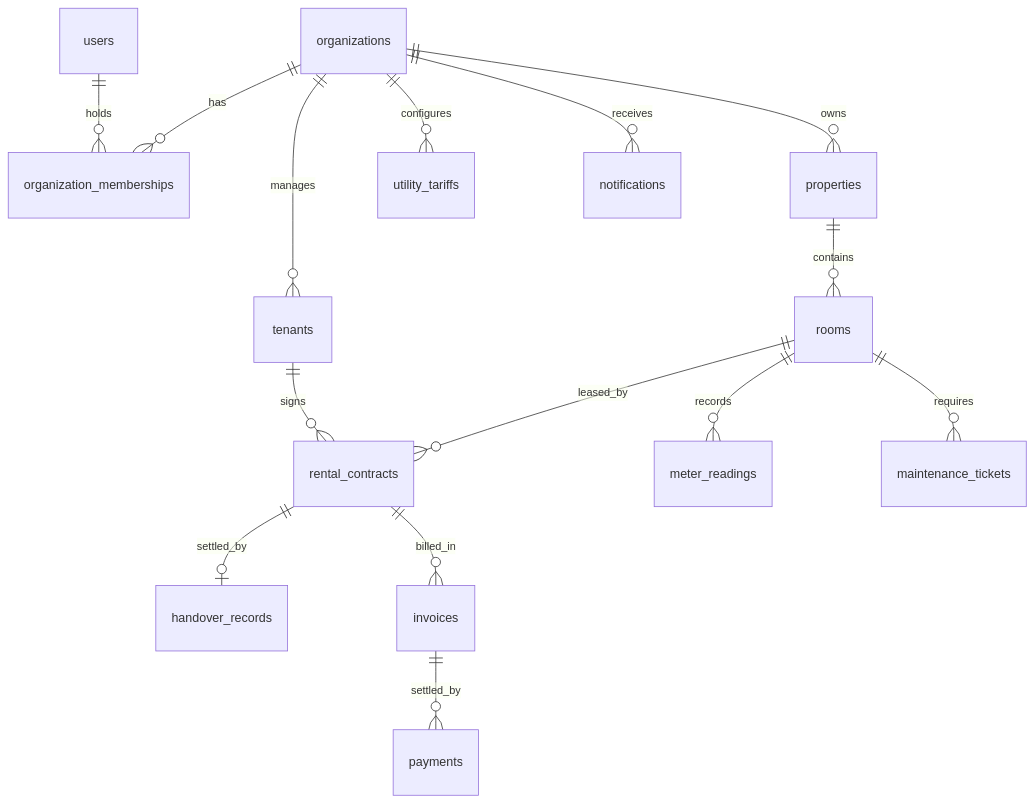
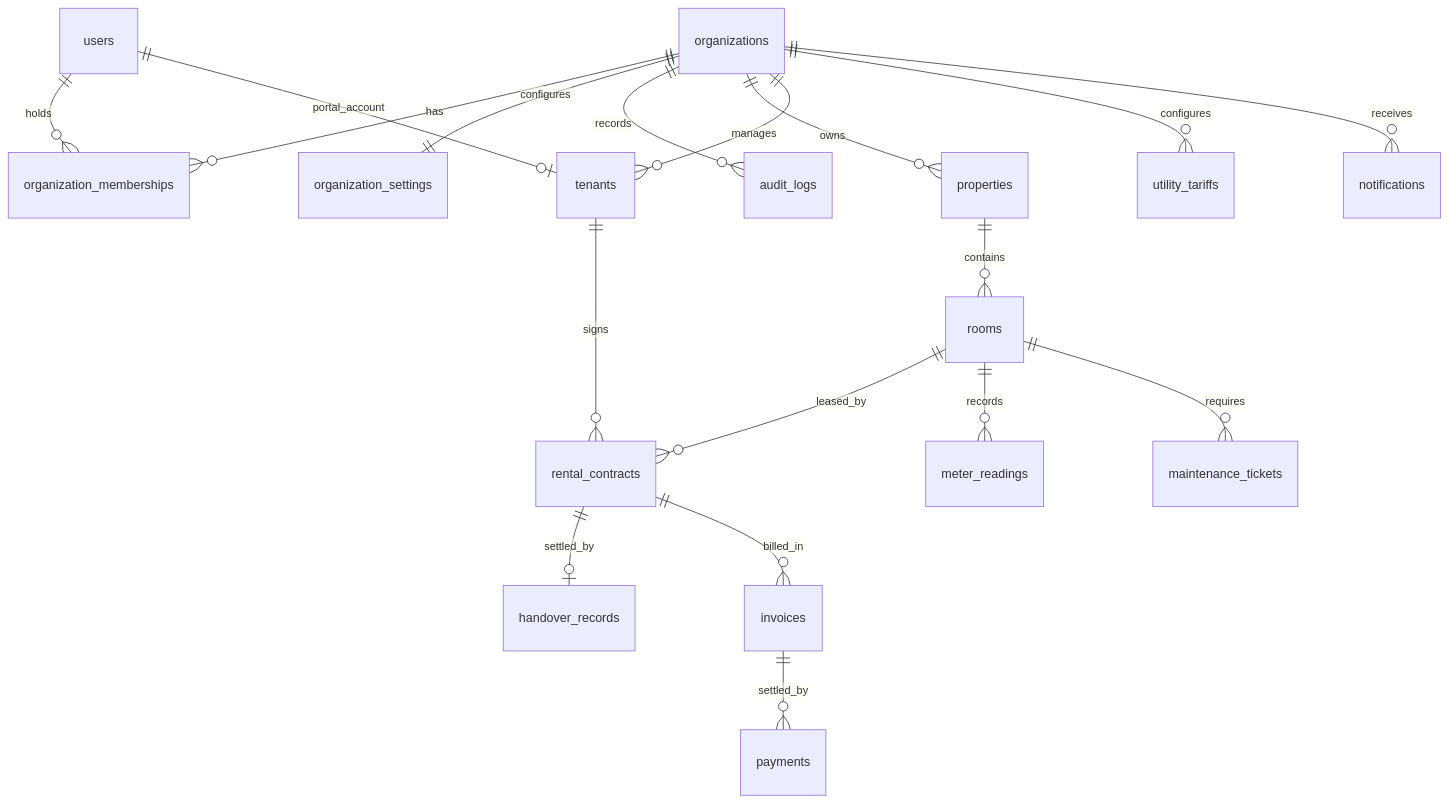
The diagram in docs/ERD.md (nhutruong47/Rental-Management-System-RMS-), drawn with Mermaid before and after one commit. The commit also changed other lines of this file and 47 other files, not shown here.

Commit message:
feat(rms): complete V5 RBAC, tenant portal, org settings, invoice adjustments, rate limiter and audit logs

````diff
--- a/docs/ERD.md
+++ b/docs/ERD.md
@@ -14,17 +15,20 @@
 ```mermaid
 erDiagram
     organizations ||--o{ organization_memberships : has
+    organizations ||--|| organization_settings : configures
+    organizations ||--o{ audit_logs : records
     users ||--o{ organization_memberships : holds
+    users ||--o| tenants : portal_account
     organizations ||--o{ properties : owns
     properties ||--o{ rooms : contains
     organizations ||--o{ tenants : manages
     rooms ||--o{ rental_contracts : leased_by
     tenants ||--o{ rental_contracts : signs
     rental_contracts ||--o| handover_records : settled_by
     rooms ||--o{ meter_readings : records
     organizations ||--o{ utility_tariffs : configures
     rental_contracts ||--o{ invoices : billed_in
     invoices ||--o{ payments : settled_by
     rooms ||--o{ maintenance_tickets : requires
     organizations ||--o{ notifications : receives
 ```
````
